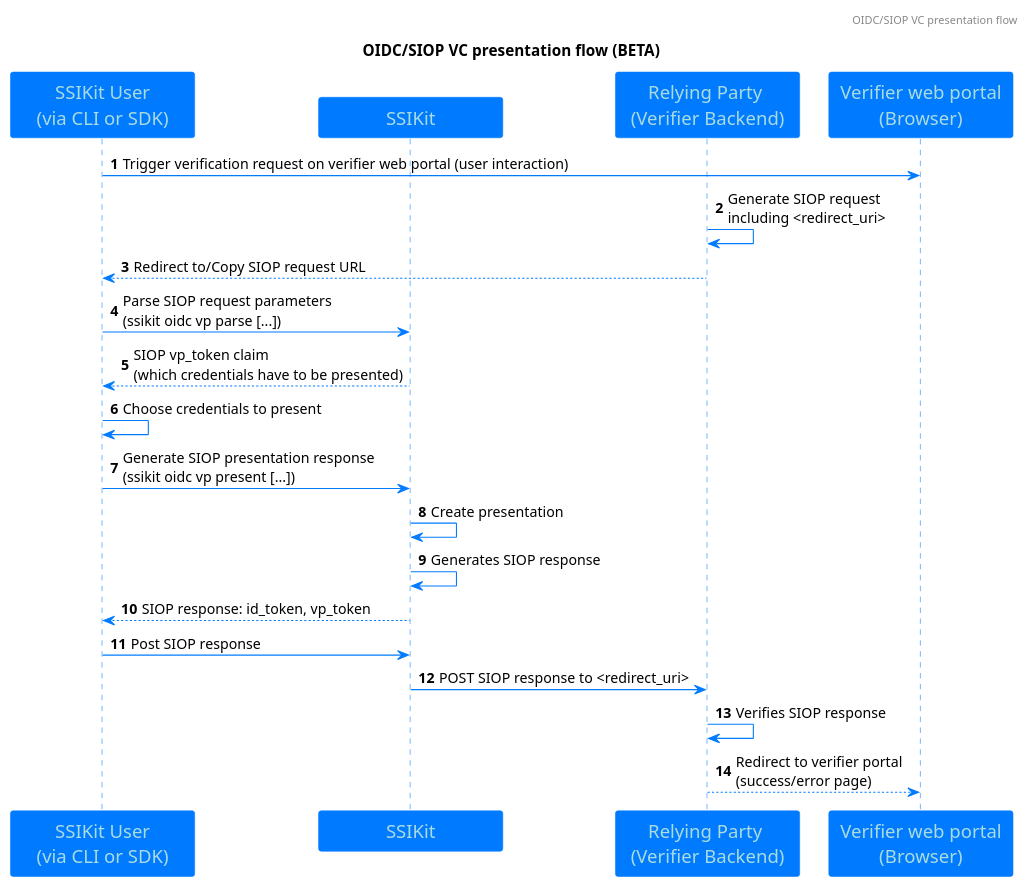
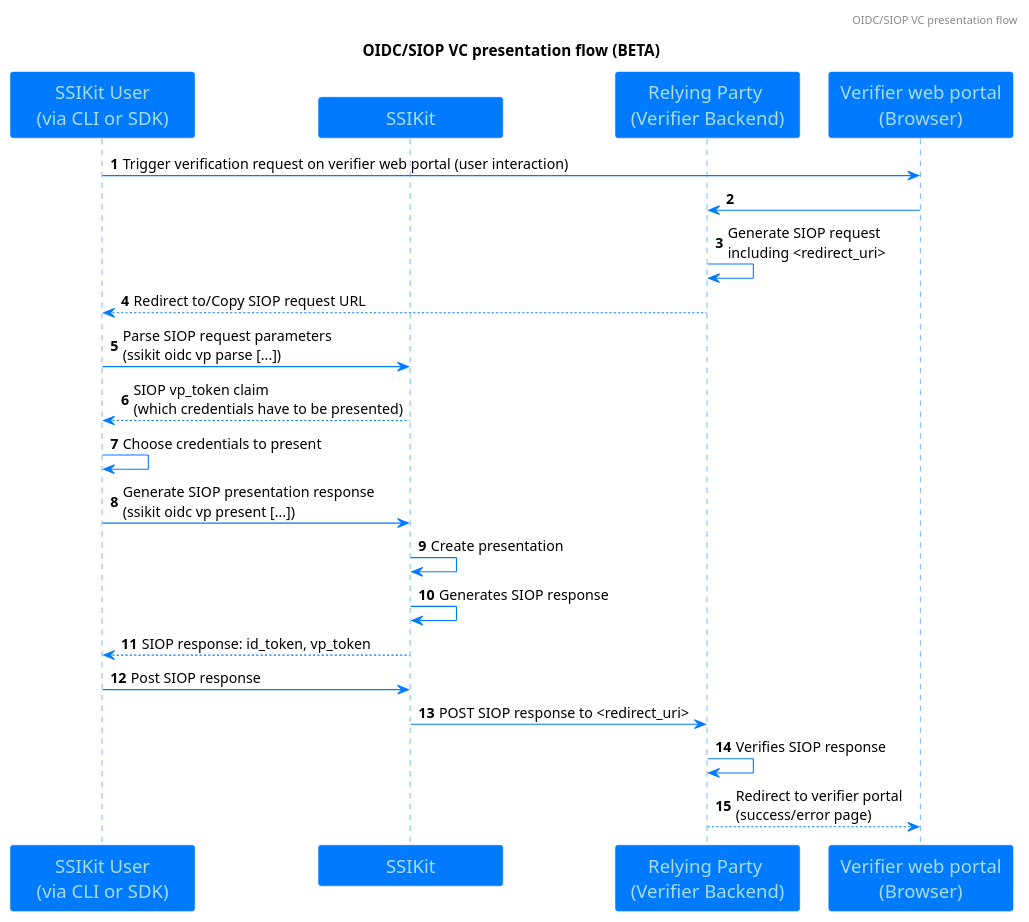
The diagram in ecosystems-interoperability/oidc/puml/siop-vc-presentation-ssikit.puml (walt-id/waltid-ssikit-docs), drawn with PlantUML before and after one commit. The commit also changed 2 other files, not shown here.

Commit message:
update vp flow

```diff
--- a/ecosystems-interoperability/oidc/puml/siop-vc-presentation-ssikit.puml
+++ b/ecosystems-interoperability/oidc/puml/siop-vc-presentation-ssikit.puml
@@ -1,78 +1,79 @@
 @startuml
 'https://plantuml.com/sequence-diagram
 
 skinparam classFontColor 007BFF
 skinparam classFontSize 12
 skinparam classFontName Aapex
 skinparam backgroundColor white
 skinparam minClassWidth 155
 skinparam nodesep 34
 skinparam ranksep 70
 
 skinparam sequence {
 ArrowColor 007BFF
 ActorBorderColor 007BFF
 LifeLineBorderColor 007BFF
 LifeLineBackgroundColor 007BFF
 
 ParticipantBorderColor 007BFF
 ParticipantBackgroundColor 007BFF
 ParticipantFontName Impact
 ParticipantFontSize 17
 ParticipantFontColor #A9DCDF
 
 'ActorBackgroundColor aqua
 ActorFontColor 007BFF
 ActorFontSize 17
 ActorFontName Aapex
 }
 
 skinparam class {
 BorderColor 007BFF
 ArrowColor 007BFF
 BackgroundColor white
 }
 
 skinparam interface {
 BorderColor 007BFF
 ArrowColor 007BFF
 }
 
 skinparam note {
 BorderColor 007BFF
 BackgroundColor 7ACFF5
 }
 
 
 autonumber
 header OIDC/SIOP VC presentation flow
 title
 OIDC/SIOP VC presentation flow (BETA)
 end title
 autonumber
 participant "SSIKit User\n(via CLI or SDK)" as SU
 participant "SSIKit" as SK
 participant "Relying Party \n(Verifier Backend)" as RP
 participant "Verifier web portal\n(Browser)" as VWP
 
 SU->VWP: Trigger verification request on verifier web portal (user interaction)
+VWP->RP:
 RP->RP: Generate SIOP request\nincluding <redirect_uri>
 
 RP-->SU: Redirect to/Copy SIOP request URL
 
 SU->SK: Parse SIOP request parameters\n(ssikit oidc vp parse [...])
 SK-->SU: SIOP vp_token claim\n(which credentials have to be presented)
 SU->SU: Choose credentials to present
 
 SU->SK: Generate SIOP presentation response\n(ssikit oidc vp present [...])
 SK->SK: Create presentation
 SK->SK: Generates SIOP response
 SK-->SU: SIOP response: id_token, vp_token
 SU->SK: Post SIOP response
 
 SK->RP: POST SIOP response to <redirect_uri>
 
 RP->RP: Verifies SIOP response
 RP-->VWP: Redirect to verifier portal\n(success/error page)
 
 @enduml
```
